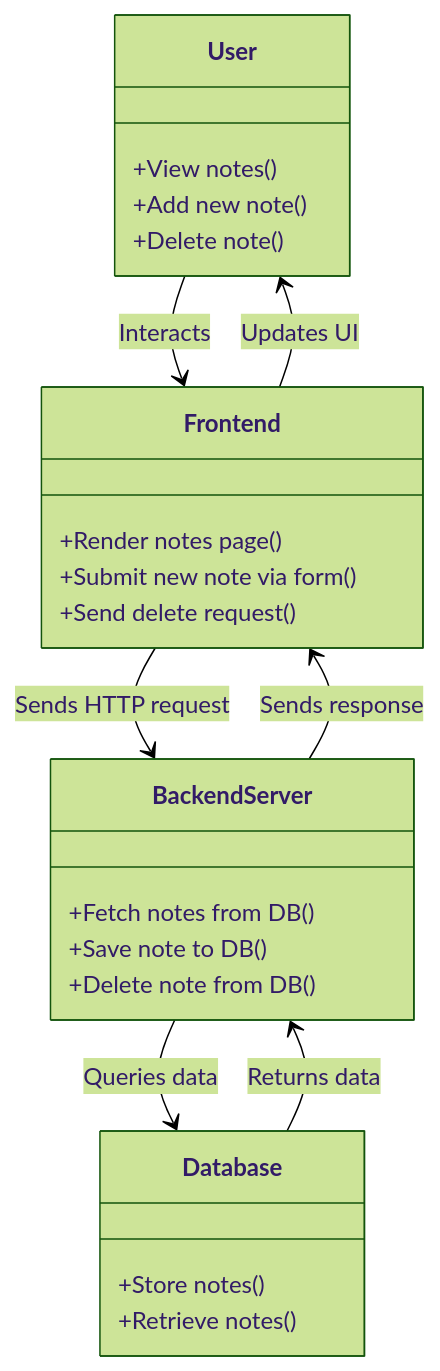
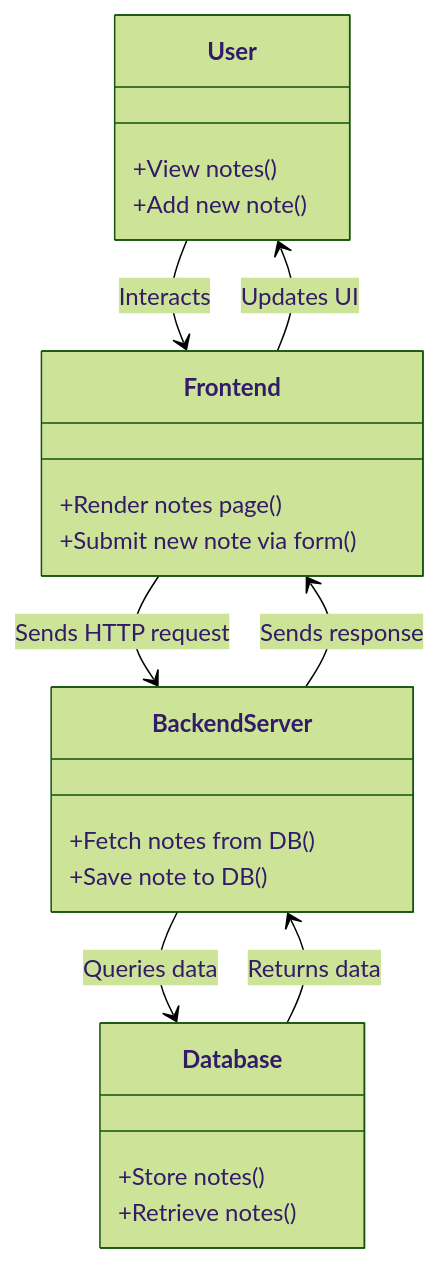
One commit to xXXkkmXx/FullStackKowalczyk changed the diagram in part0/new note diagram.md. Above: the diagram before and after it, drawn with Mermaid (forest theme).

Commit message:
Update new note diagram.md

````diff
--- a/part0/new note diagram.md
+++ b/part0/new note diagram.md
@@ -1,32 +1,29 @@
 ```mermaid
 classDiagram
     User --> Frontend : Interacts
     Frontend --> BackendServer : Sends HTTP request
     BackendServer --> Database : Queries data
     Database --> BackendServer : Returns data
     BackendServer --> Frontend : Sends response
     Frontend --> User : Updates UI
 
     class User {
         +View notes()
         +Add new note()
-        +Delete note()
     }
 
     class Frontend {
         +Render notes page()
         +Submit new note via form()
-        +Send delete request()
     }
 
     class BackendServer {
         +Fetch notes from DB()
         +Save note to DB()
-        +Delete note from DB()
     }
 
     class Database {
         +Store notes()
         +Retrieve notes()
     }
 ```
````
